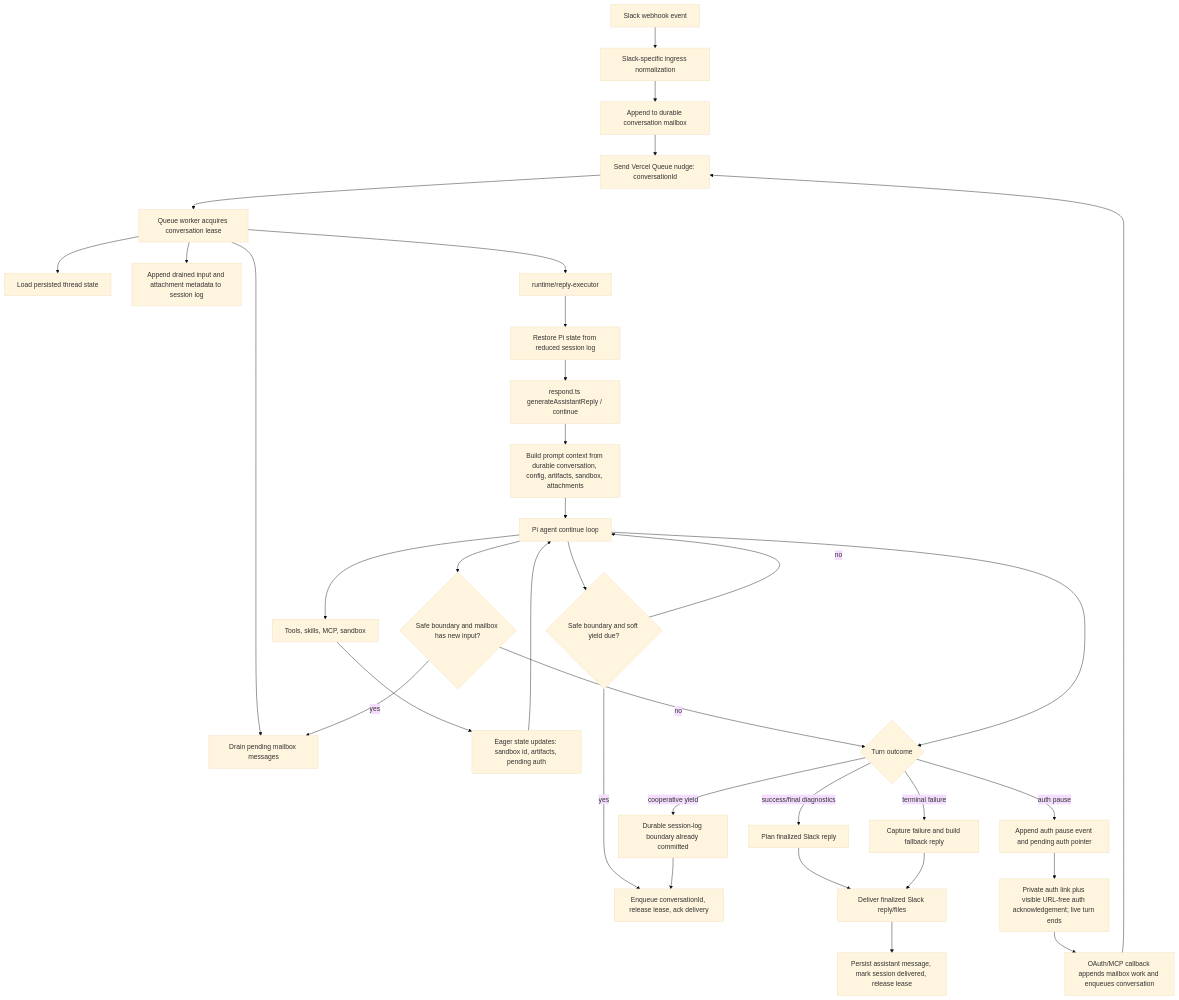
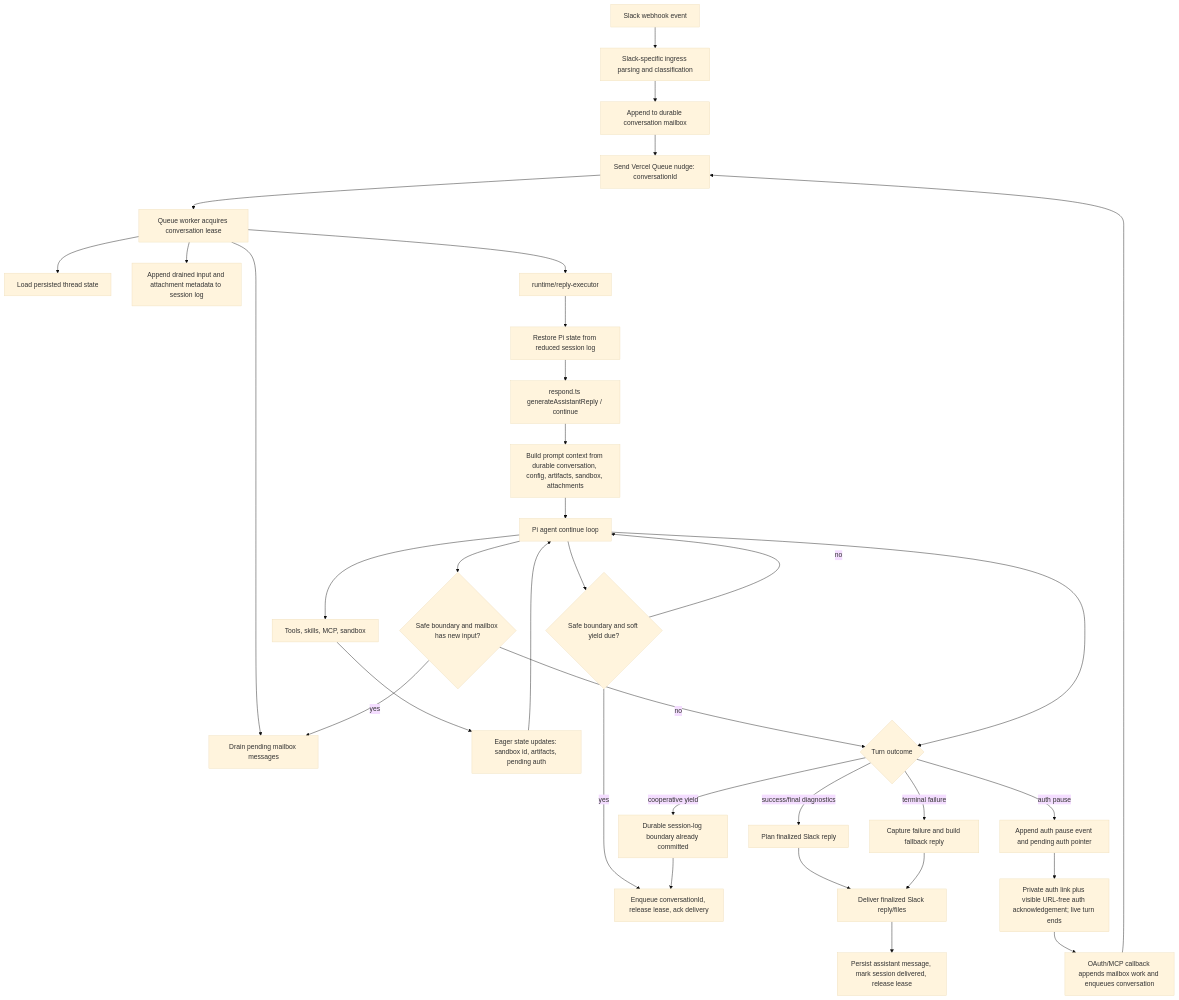
One commit to getsentry/junior changed the diagram in specs/chat-architecture.md. Above: the diagram before and after it, drawn with Mermaid (base theme). The commit also changed other lines of this file and 13 other files, not shown here.

````diff
--- a/specs/chat-architecture.md
+++ b/specs/chat-architecture.md
@@ -38,36 +38,36 @@
 ```mermaid
 flowchart TD
-  A[Slack webhook event] --> B[Slack-specific ingress normalization]
+  A[Slack webhook event] --> B[Slack-specific ingress parsing and classification]
   B --> C[Append to durable conversation mailbox]
   C --> D[Send Vercel Queue nudge: conversationId]
   D --> E[Queue worker acquires conversation lease]
   E --> E1[Load persisted thread state]
   E --> E2[Drain pending mailbox messages]
   E --> E3[Append drained input and attachment metadata to session log]
   E --> F[runtime/reply-executor]
   F --> G[Restore Pi state from reduced session log]
   G --> J[respond.ts generateAssistantReply / continue]
   J --> K[Build prompt context from durable conversation, config, artifacts, sandbox, attachments]
   K --> L[Pi agent continue loop]
   L --> M[Tools, skills, MCP, sandbox]
   M --> N[Eager state updates: sandbox id, artifacts, pending auth]
   N --> L
   L --> Y{Safe boundary and soft yield due?}
   Y -->|yes| YA[Enqueue conversationId, release lease, ack delivery]
   Y -->|no| L
   L --> Z{Safe boundary and mailbox has new input?}
   Z -->|yes| E2
   Z -->|no| O
   L --> O{Turn outcome}
   O -->|success/final diagnostics| P[Plan finalized Slack reply]
   O -->|auth pause| Q[Append auth pause event and pending auth pointer]
   O -->|cooperative yield| R[Durable session-log boundary already committed]
   O -->|terminal failure| S[Capture failure and build fallback reply]
   R --> YA
   Q --> V[Private auth link plus visible URL-free auth acknowledgement; live turn ends]
   V --> AB[OAuth/MCP callback appends mailbox work and enqueues conversation]
   P --> W[Deliver finalized Slack reply/files]
   S --> W
   W --> X[Persist assistant message, mark session delivered, release lease]
   AB --> D
 ```
````
